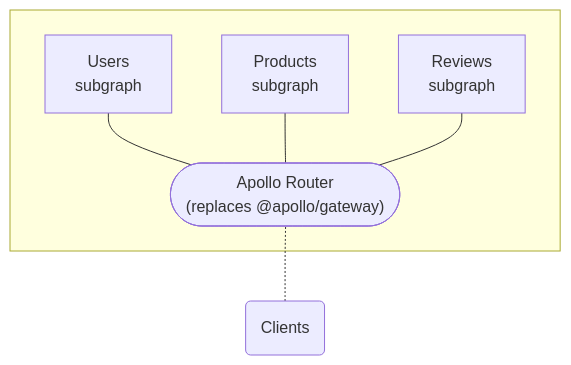
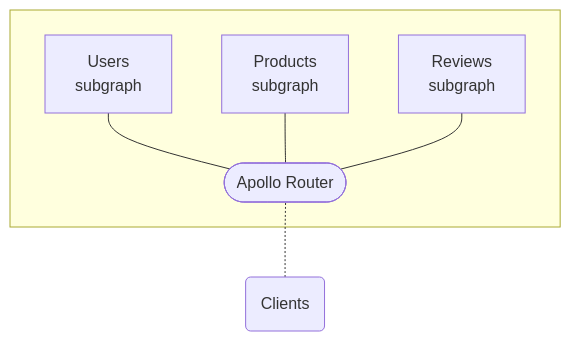
Before and after one commit to apollographql/router: the diagram in docs/source/index.mdx, drawn with Mermaid. The commit also changed other lines of this file and 5 other files, not shown here.

````diff
--- a/docs/source/index.mdx
+++ b/docs/source/index.mdx
@@ -10,13 +10,13 @@
 ```mermaid
 flowchart BT;
   clients(Clients);
   subgraph " ";
-  gateway(["Apollo Router<br/>(replaces @apollo/gateway)"]);
+  gateway(["Apollo Router"]);
   serviceA[Users<br/>subgraph];
   serviceB[Products<br/>subgraph];
   serviceC[Reviews<br/>subgraph];
   gateway --- serviceA & serviceB & serviceC;
   end;
   clients -.- gateway;
   class clients secondary;
 ```
````
